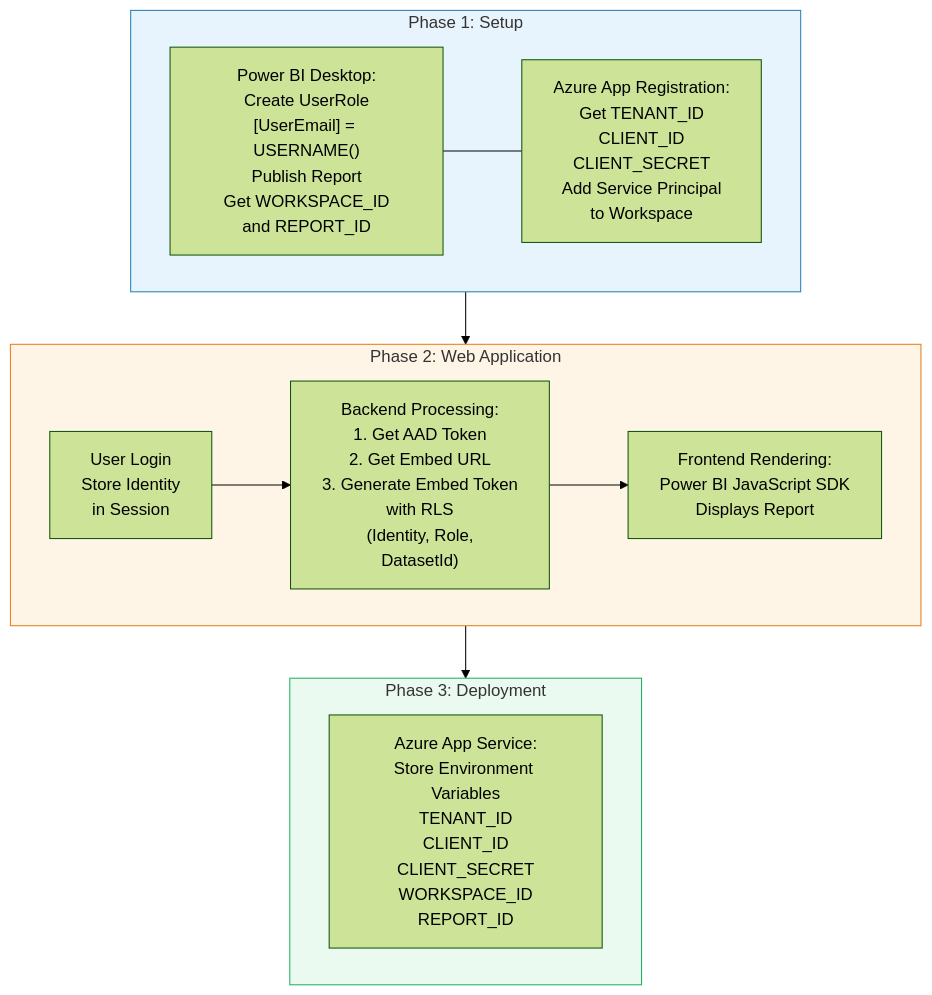
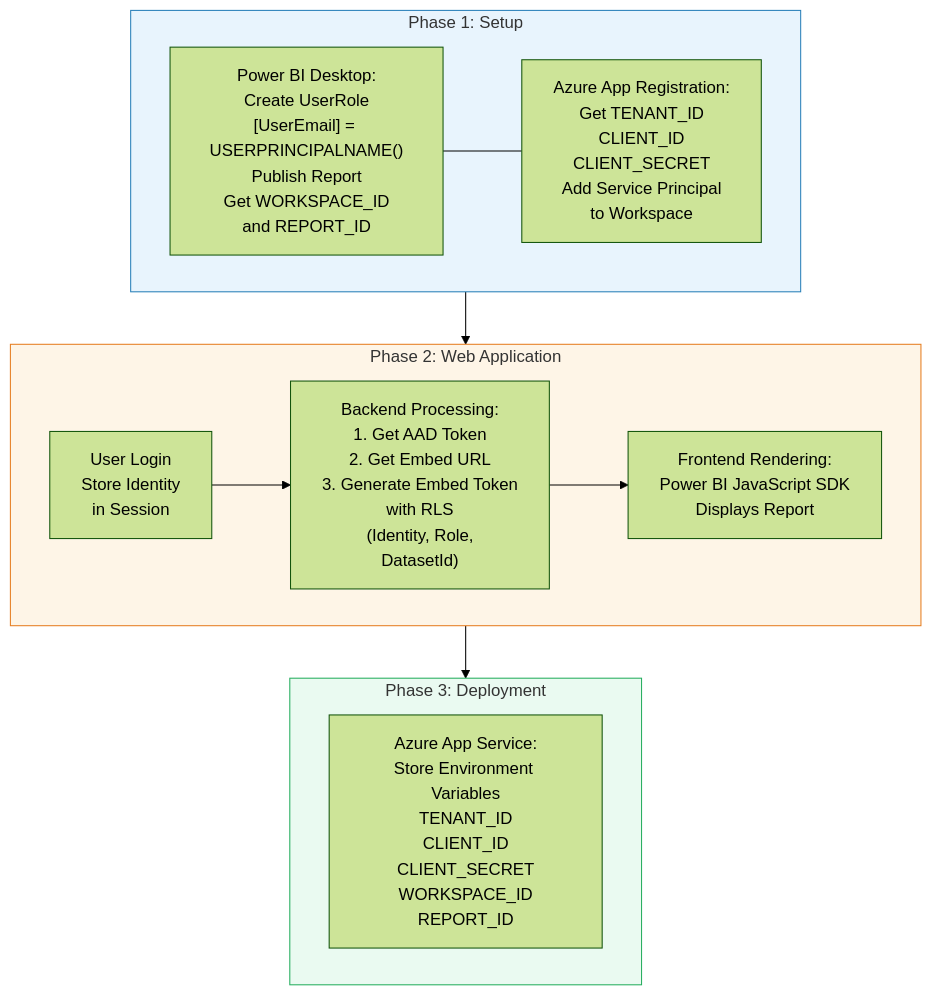
Before and after one commit to anhtnt90dev/rookies-data-dn-2026: the first of 2 diagrams in docs/embedded/embedded-rls-process-rerearch.md, drawn with Mermaid (forest theme). The commit also changed other lines of this file, not shown here.

Commit message:
docs: updated the RLS documentation by replacing USERNAME() with USERPRINCIPALNAME() and added a sequence diagram to illustrate the Power BI Embedded authentication and RLS flow.

````diff
--- a/docs/embedded/embedded-rls-process-rerearch.md
+++ b/docs/embedded/embedded-rls-process-rerearch.md
@@ -5,25 +5,25 @@
 ```mermaid
 flowchart TD
     subgraph GD1["Phase 1: Setup"]
-        A1["Power BI Desktop:<br/>Create UserRole<br/>[UserEmail] = USERNAME()<br/>Publish Report<br/>Get WORKSPACE_ID<br/>and REPORT_ID"]
+        A1["Power BI Desktop:<br/>Create UserRole<br/>[UserEmail] = USERPRINCIPALNAME()<br/>Publish Report<br/>Get WORKSPACE_ID<br/>and REPORT_ID"]
         A2["Azure App Registration:<br/>Get TENANT_ID<br/>CLIENT_ID<br/>CLIENT_SECRET<br/>Add Service Principal<br/>to Workspace"]
         A1 --- A2
     end
 
     subgraph GD2["Phase 2: Web Application"]
         B1["User Login<br/>Store Identity<br/>in Session"]
         B2["Backend Processing:<br/>1. Get AAD Token<br/>2. Get Embed URL<br/>3. Generate Embed Token<br/>with RLS<br/>(Identity, Role,<br/>DatasetId)"]
         B3["Frontend Rendering:<br/>Power BI JavaScript SDK<br/>Displays Report"]
         B1 --> B2 --> B3
     end
 
     subgraph GD3["Phase 3: Deployment"]
         C1["Azure App Service:<br/>Store Environment Variables<br/>TENANT_ID<br/>CLIENT_ID<br/>CLIENT_SECRET<br/>WORKSPACE_ID<br/>REPORT_ID"]
     end
 
     GD1 --> GD2 --> GD3
 
     style GD1 fill:#e8f4fd,stroke:#2980b9
     style GD2 fill:#fef5e7,stroke:#e67e22
     style GD3 fill:#eafaf1,stroke:#27ae60
 ```
````
